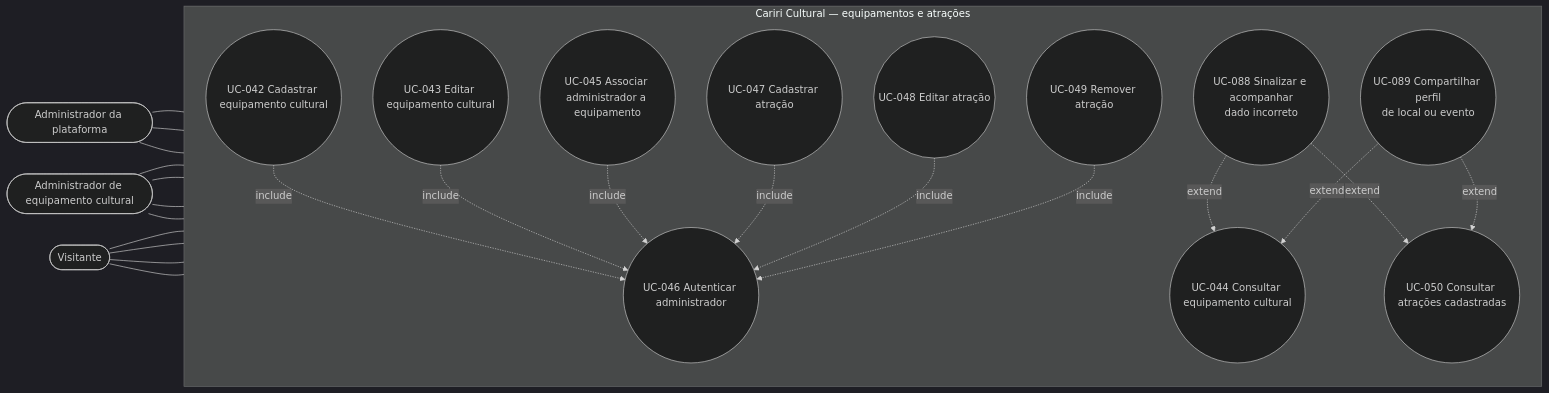
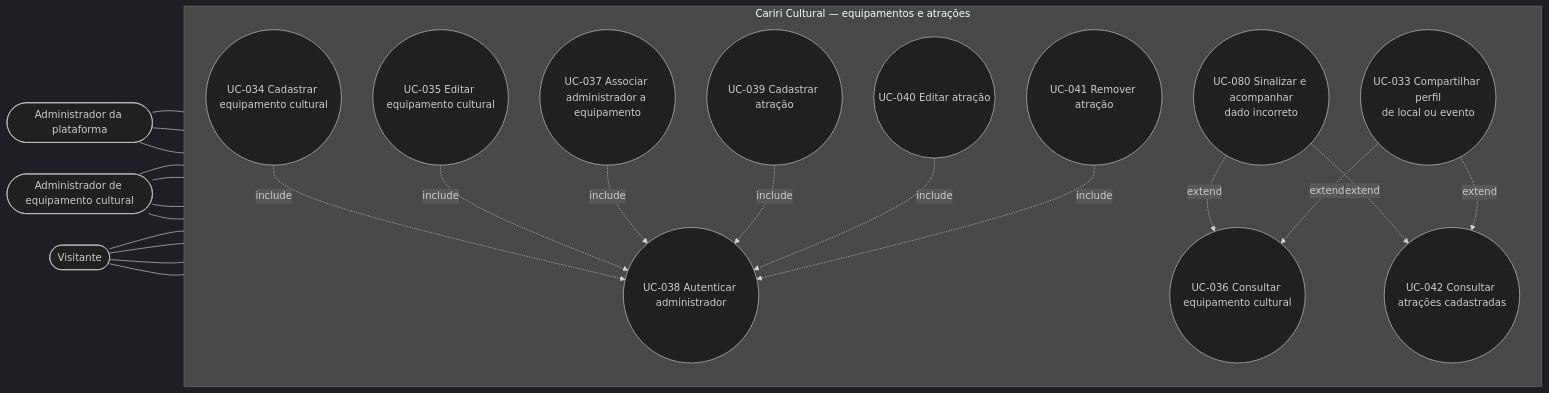
One commit to alan-mendes-ufca/CaririCultural changed the eighth of 11 diagrams in home/user-cases/use-cases-diagram.md. Above: the diagram before and after it, drawn with Mermaid (dark theme). The commit also changed other lines of this file and 4 other files, not shown here.

````diff
--- a/home/user-cases/use-cases-diagram.md
+++ b/home/user-cases/use-cases-diagram.md
@@ -344,41 +287,41 @@
 ```mermaid
 flowchart LR
     %% Atores
     V([Visitante])
     APL([Administrador da plataforma])
     AEC([Administrador de equipamento cultural])
 
     subgraph CC [Cariri Cultural — equipamentos e atrações]
         direction TB
-        UC042((UC-042 Cadastrar equipamento cultural))
-        UC043((UC-043 Editar equipamento cultural))
-        UC044((UC-044 Consultar equipamento cultural))
-        UC045((UC-045 Associar administrador a equipamento))
-        UC046((UC-046 Autenticar administrador))
-        UC047((UC-047 Cadastrar atração))
-        UC048((UC-048 Editar atração))
-        UC049((UC-049 Remover atração))
-        UC050((UC-050 Consultar atrações cadastradas))
+        UC034((UC-034 Cadastrar equipamento cultural))
+        UC035((UC-035 Editar equipamento cultural))
+        UC036((UC-036 Consultar equipamento cultural))
+        UC037((UC-037 Associar administrador a equipamento))
+        UC038((UC-038 Autenticar administrador))
+        UC039((UC-039 Cadastrar atração))
+        UC040((UC-040 Editar atração))
+        UC041((UC-041 Remover atração))
+        UC042((UC-042 Consultar atrações cadastradas))
 
-        %% Nós convidados: extensões vindas dos diagramas 6 e 9
-        UC088((UC-088 Sinalizar e acompanhar<br/>dado incorreto))
-        UC089((UC-089 Compartilhar perfil<br/>de local ou evento))
+        %% Nós convidados: extensões vindas dos diagramas 4 e 7
+        UC080((UC-080 Sinalizar e acompanhar<br/>dado incorreto))
+        UC033((UC-033 Compartilhar perfil<br/>de local ou evento))
     end
 
     %% Relações Ator -> Caso de Uso
-    APL --- UC042 & UC043 & UC045
-    AEC --- UC046 & UC047 & UC048 & UC049
-    V --- UC044 & UC050 & UC088 & UC089
+    APL --- UC034 & UC035 & UC037
+    AEC --- UC038 & UC039 & UC040 & UC041
+    V --- UC036 & UC042 & UC080 & UC033
 
     %% Relações Include
-    UC042 -.->|include| UC046
-    UC043 -.->|include| UC046
-    UC045 -.->|include| UC046
-    UC047 -.->|include| UC046
-    UC048 -.->|include| UC046
-    UC049 -.->|include| UC046
+    UC034 -.->|include| UC038
+    UC035 -.->|include| UC038
+    UC037 -.->|include| UC038
+    UC039 -.->|include| UC038
+    UC040 -.->|include| UC038
+    UC041 -.->|include| UC038
 
     %% Relações Extend
-    UC088 -.->|extend| UC044 & UC050
-    UC089 -.->|extend| UC044 & UC050
+    UC080 -.->|extend| UC036 & UC042
+    UC033 -.->|extend| UC036 & UC042
 ```
````
